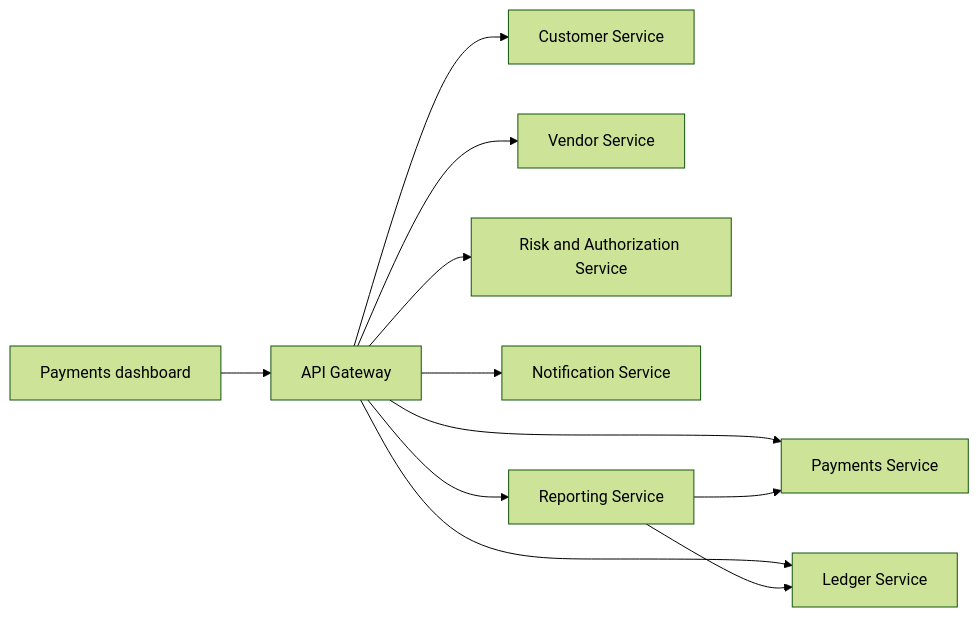
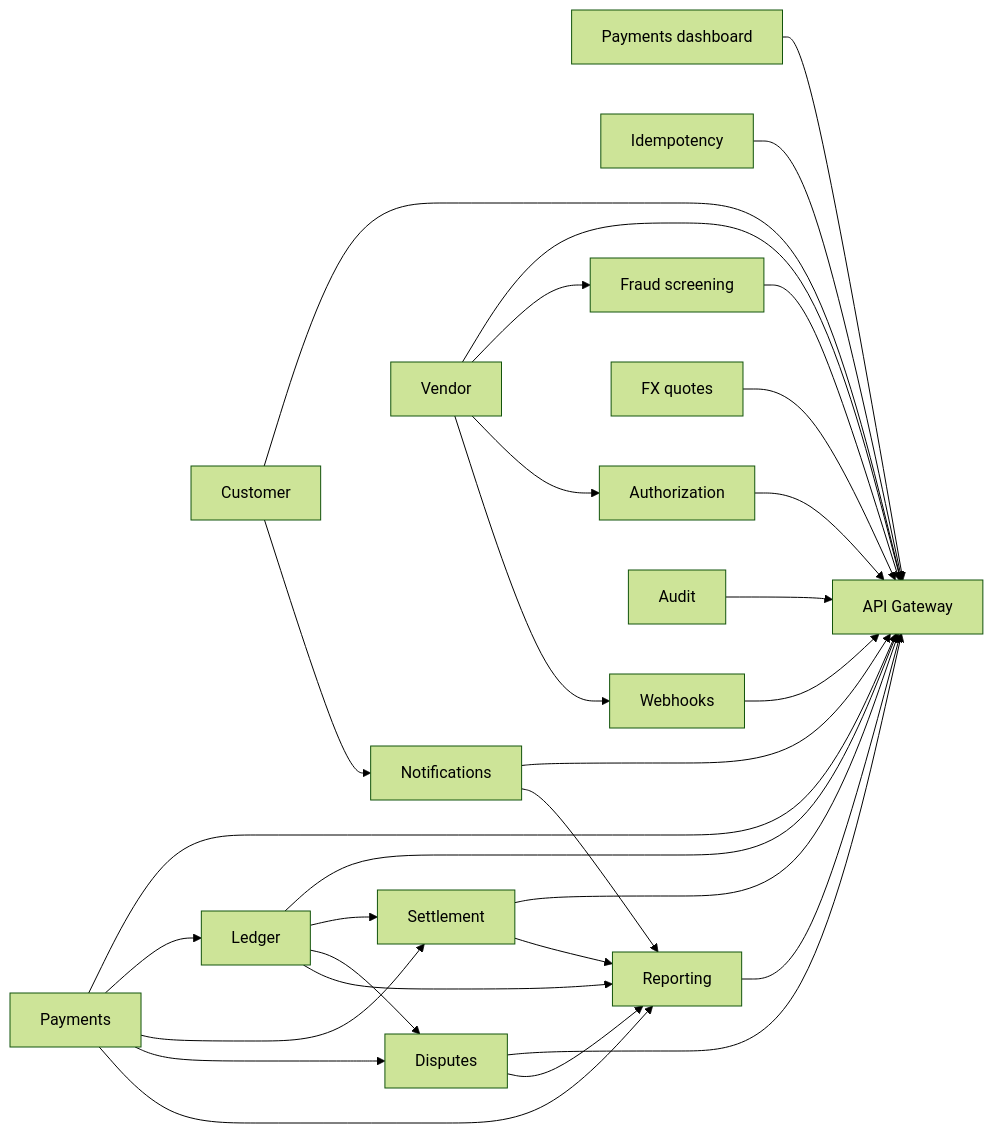
Before and after one commit to xIshanSandhux/mongodb-hackathon: the diagram in ashraf/test_app/DEPENDENCY_GRAPH.md, drawn with Mermaid (forest theme). The commit also changed other lines of this file and 40 other files, not shown here.

````diff
--- a/ashraf/test_app/DEPENDENCY_GRAPH.md
+++ b/ashraf/test_app/DEPENDENCY_GRAPH.md
@@ -5,13 +5,32 @@
 ```mermaid
 flowchart LR
     Browser[Payments dashboard] --> Gateway[API Gateway]
-    Gateway --> Customers[Customer Service]
-    Gateway --> Vendors[Vendor Service]
-    Gateway --> Risk[Risk and Authorization Service]
-    Gateway --> Payments[Payments Service]
-    Gateway --> Ledger[Ledger Service]
-    Gateway --> Notifications[Notification Service]
-    Gateway --> Reporting[Reporting Service]
-    Reporting --> Payments
-    Reporting --> Ledger
+    Idempotency[Idempotency] --> Gateway
+    Customers[Customer] --> Gateway
+    Customers --> Notifications[Notifications]
+    Vendors[Vendor] --> Gateway
+    Vendors --> Fraud[Fraud screening]
+    Vendors --> Risk[Authorization]
+    Vendors --> Webhooks[Webhooks]
+    FX[FX quotes] --> Gateway
+    Fraud --> Gateway
+    Risk --> Gateway
+    Payments[Payments] --> Gateway
+    Payments --> Ledger[Ledger]
+    Payments --> Settlement[Settlement]
+    Payments --> Disputes[Disputes]
+    Payments --> Reporting[Reporting]
+    Ledger --> Gateway
+    Ledger --> Settlement
+    Ledger --> Disputes
+    Ledger --> Reporting
+    Settlement --> Gateway
+    Settlement --> Reporting
+    Disputes --> Gateway
+    Disputes --> Reporting
+    Notifications --> Gateway
+    Notifications --> Reporting
+    Webhooks --> Gateway
+    Audit[Audit] --> Gateway
+    Reporting --> Gateway
 ```
````
